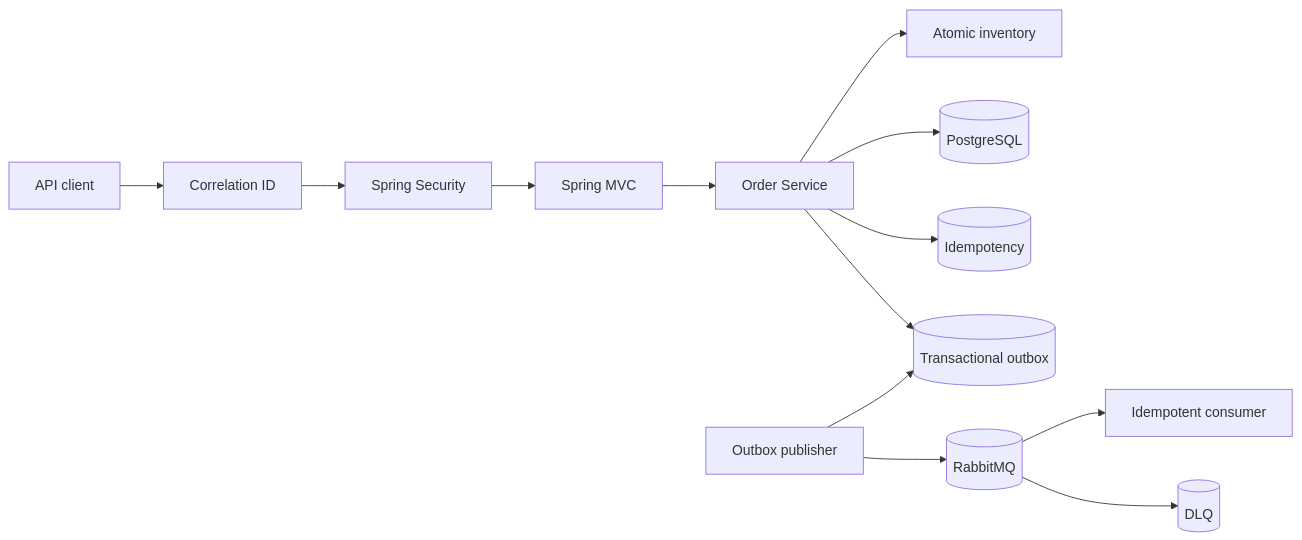
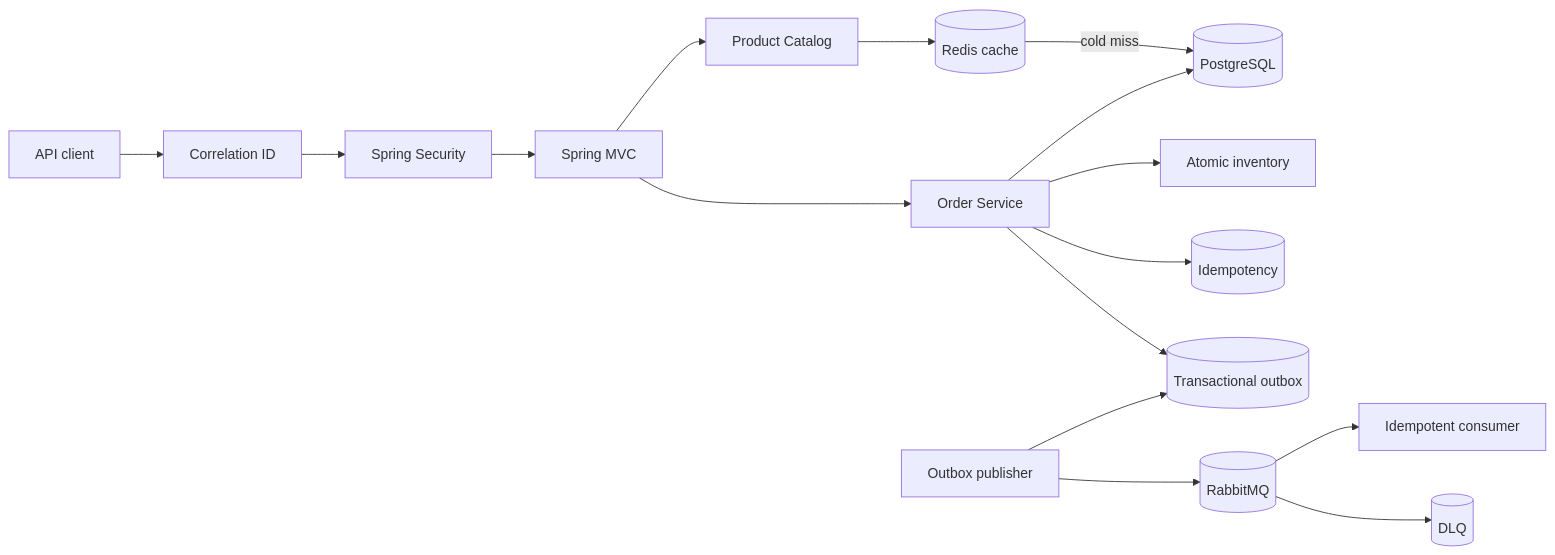
One commit to tawsif113/spring-boot-rescue-lab changed the diagram in README.md. Above: the diagram before and after it, drawn with Mermaid. The commit also changed other lines of this file and 26 other files, not shown here.

````diff
--- a/README.md
+++ b/README.md
@@ -37,15 +40,18 @@
 ```mermaid
 flowchart LR
     Client[API client] --> Corr[Correlation ID]
     Corr --> Security[Spring Security]
     Security --> API[Spring MVC]
     API --> Orders[Order Service]
+    API --> Catalog[Product Catalog]
+    Catalog --> Redis[(Redis cache)]
+    Redis -->|cold miss| DB
     Orders --> Inventory[Atomic inventory]
     Orders --> DB[(PostgreSQL)]
     Orders --> Idem[(Idempotency)]
     Orders --> Outbox[(Transactional outbox)]
     Publisher[Outbox publisher] --> Outbox
     Publisher --> Rabbit[(RabbitMQ)]
     Rabbit --> Consumer[Idempotent consumer]
     Rabbit --> DLQ[(DLQ)]
 ```
````
